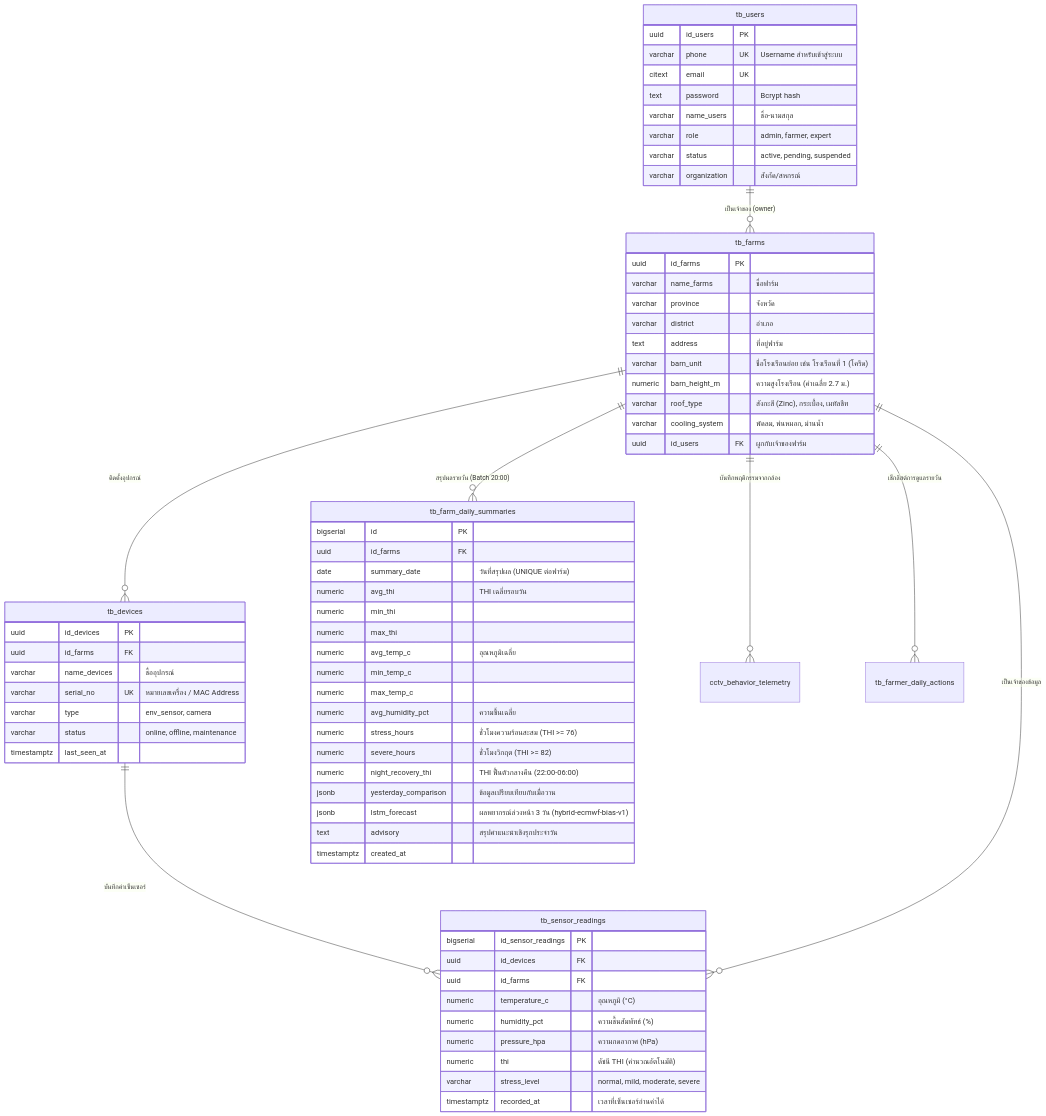
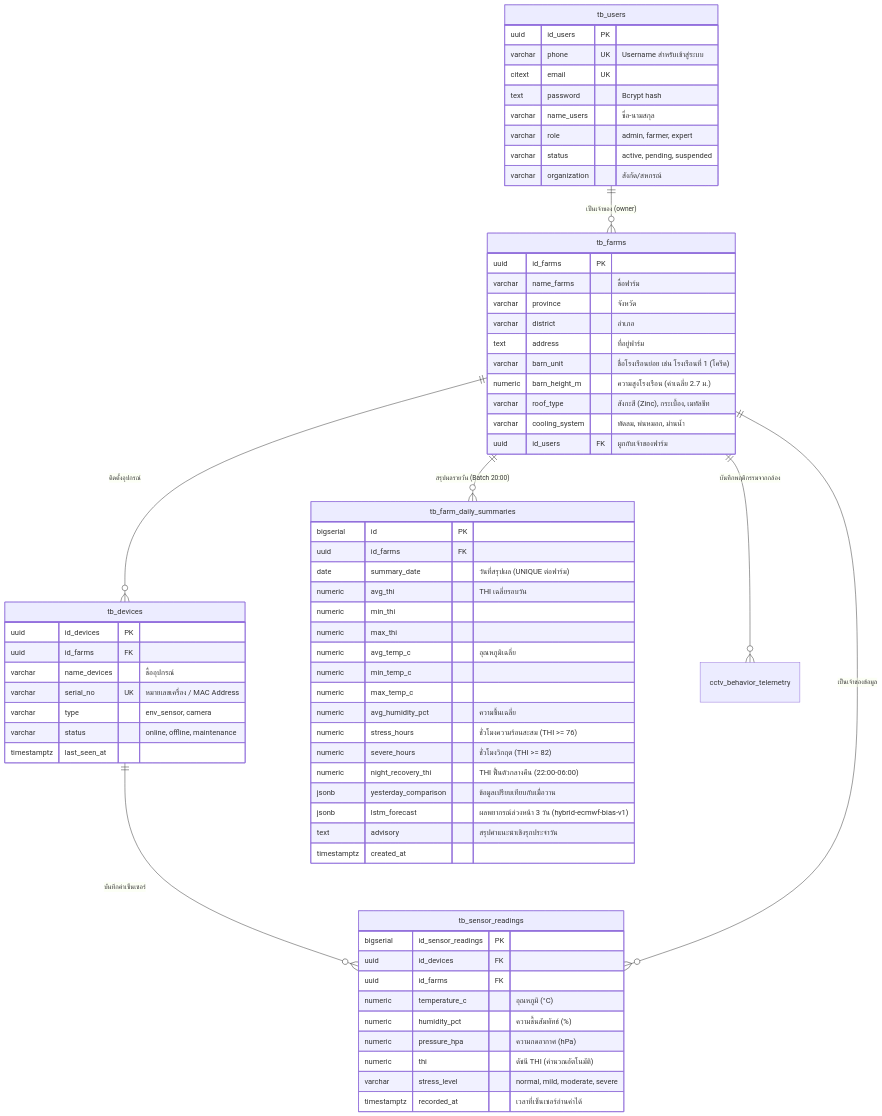
One commit to peetph22-ship-it/Cow_detect changed the second of 2 diagrams in PROJECT_OVERVIEW.md. Above: the diagram before and after it, drawn with Mermaid. The commit also changed 12 other files, not shown here.

````diff
--- a/PROJECT_OVERVIEW.md
+++ b/PROJECT_OVERVIEW.md
@@ -101,76 +101,75 @@
 ```mermaid
 erDiagram
     tb_users ||--o{ tb_farms : "เป็นเจ้าของ (owner)"
     tb_farms ||--o{ tb_devices : "ติดตั้งอุปกรณ์"
     tb_devices ||--o{ tb_sensor_readings : "บันทึกค่าเซ็นเซอร์"
     tb_farms ||--o{ tb_sensor_readings : "เป็นเจ้าของข้อมูล"
     tb_farms ||--o{ tb_farm_daily_summaries : "สรุปผลรายวัน (Batch 20:00)"
     tb_farms ||--o{ cctv_behavior_telemetry : "บันทึกพฤติกรรมจากกล้อง"
-    tb_farms ||--o{ tb_farmer_daily_actions : "เช็กลิสต์การดูแลรายวัน"
 
     tb_users {
         uuid id_users PK
         varchar phone UK "Username สำหรับเข้าสู่ระบบ"
         citext email UK
         text password "Bcrypt hash"
         varchar name_users "ชื่อ-นามสกุล"
         varchar role "admin, farmer, expert"
         varchar status "active, pending, suspended"
         varchar organization "สังกัด/สหกรณ์"
     }
 
     tb_farms {
         uuid id_farms PK
         varchar name_farms "ชื่อฟาร์ม"
         varchar province "จังหวัด"
         varchar district "อำเภอ"
         text address "ที่อยู่ฟาร์ม"
         varchar barn_unit "ชื่อโรงเรือนย่อย เช่น โรงเรือนที่ 1 (โครีด)"
         numeric barn_height_m "ความสูงโรงเรือน (ค่าเฉลี่ย 2.7 ม.)"
         varchar roof_type "สังกะสี (Zinc), กระเบื้อง, เมทัลชีท"
         varchar cooling_system "พัดลม, พ่นหมอก, ม่านน้ำ"
         uuid id_users FK "ผูกกับเจ้าของฟาร์ม"
     }
 
     tb_devices {
         uuid id_devices PK
         uuid id_farms FK
         varchar name_devices "ชื่ออุปกรณ์"
         varchar serial_no UK "หมายเลขเครื่อง / MAC Address"
         varchar type "env_sensor, camera"
         varchar status "online, offline, maintenance"
         timestamptz last_seen_at
     }
 
     tb_sensor_readings {
         bigserial id_sensor_readings PK
         uuid id_devices FK
         uuid id_farms FK
         numeric temperature_c "อุณหภูมิ (°C)"
         numeric humidity_pct "ความชื้นสัมพัทธ์ (%)"
         numeric pressure_hpa "ความกดอากาศ (hPa)"
         numeric thi "ดัชนี THI (คำนวณอัตโนมัติ)"
         varchar stress_level "normal, mild, moderate, severe"
         timestamptz recorded_at "เวลาที่เซ็นเซอร์อ่านค่าได้"
     }
 
     tb_farm_daily_summaries {
         bigserial id PK
         uuid id_farms FK
         date summary_date "วันที่สรุปผล (UNIQUE ต่อฟาร์ม)"
         numeric avg_thi "THI เฉลี่ยรอบวัน"
         numeric min_thi
         numeric max_thi
         numeric avg_temp_c "อุณหภูมิเฉลี่ย"
         numeric min_temp_c
         numeric max_temp_c
         numeric avg_humidity_pct "ความชื้นเฉลี่ย"
         numeric stress_hours "ชั่วโมงความร้อนสะสม (THI >= 76)"
         numeric severe_hours "ชั่วโมงวิกฤต (THI >= 82)"
         numeric night_recovery_thi "THI ฟื้นตัวกลางคืน (22:00-06:00)"
         jsonb yesterday_comparison "ข้อมูลเปรียบเทียบกับเมื่อวาน"
         jsonb lstm_forecast "ผลพยากรณ์ล่วงหน้า 3 วัน (hybrid-ecmwf-bias-v1)"
         text advisory "สรุปคำแนะนำเชิงรุกประจำวัน"
         timestamptz created_at
     }
 ```
````
